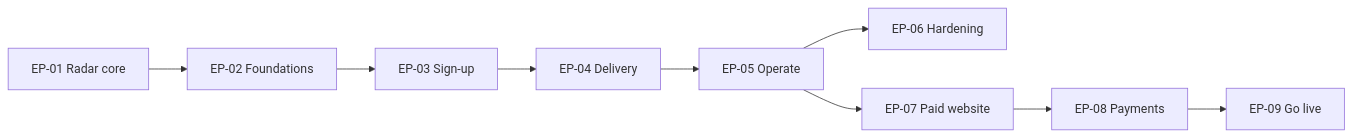
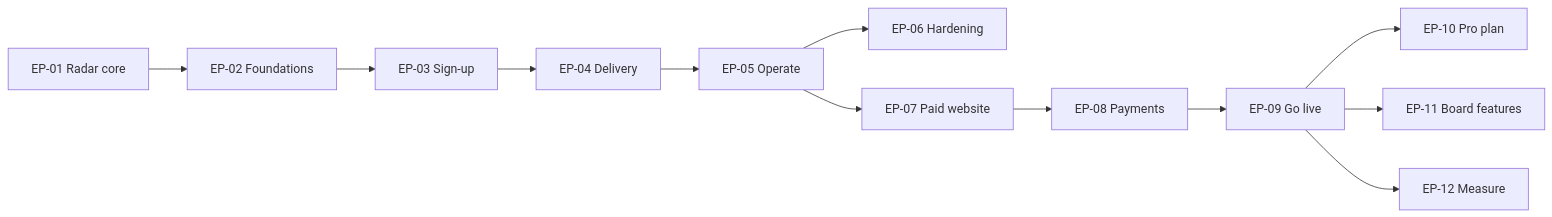
The diagram in pm/02-product-definition/backlog.md (bhawnamanglapm/travel-problem-radar-case-study), drawn with Mermaid before and after one commit. The commit also changed other lines of this file and 3 other files, not shown here.

````diff
--- a/pm/02-product-definition/backlog.md
+++ b/pm/02-product-definition/backlog.md
@@ -22,6 +29,9 @@
 ```mermaid
 flowchart LR
   EP01["EP-01 Radar core"] --> EP02["EP-02 Foundations"] --> EP03["EP-03 Sign-up"] --> EP04["EP-04 Delivery"] --> EP05["EP-05 Operate"]
   EP05 --> EP06["EP-06 Hardening"]
   EP05 --> EP07["EP-07 Paid website"] --> EP08["EP-08 Payments"] --> EP09["EP-09 Go live"]
+  EP09 --> EP10["EP-10 Pro plan"]
+  EP09 --> EP11["EP-11 Board features"]
+  EP09 --> EP12["EP-12 Measure"]
 ```
````
